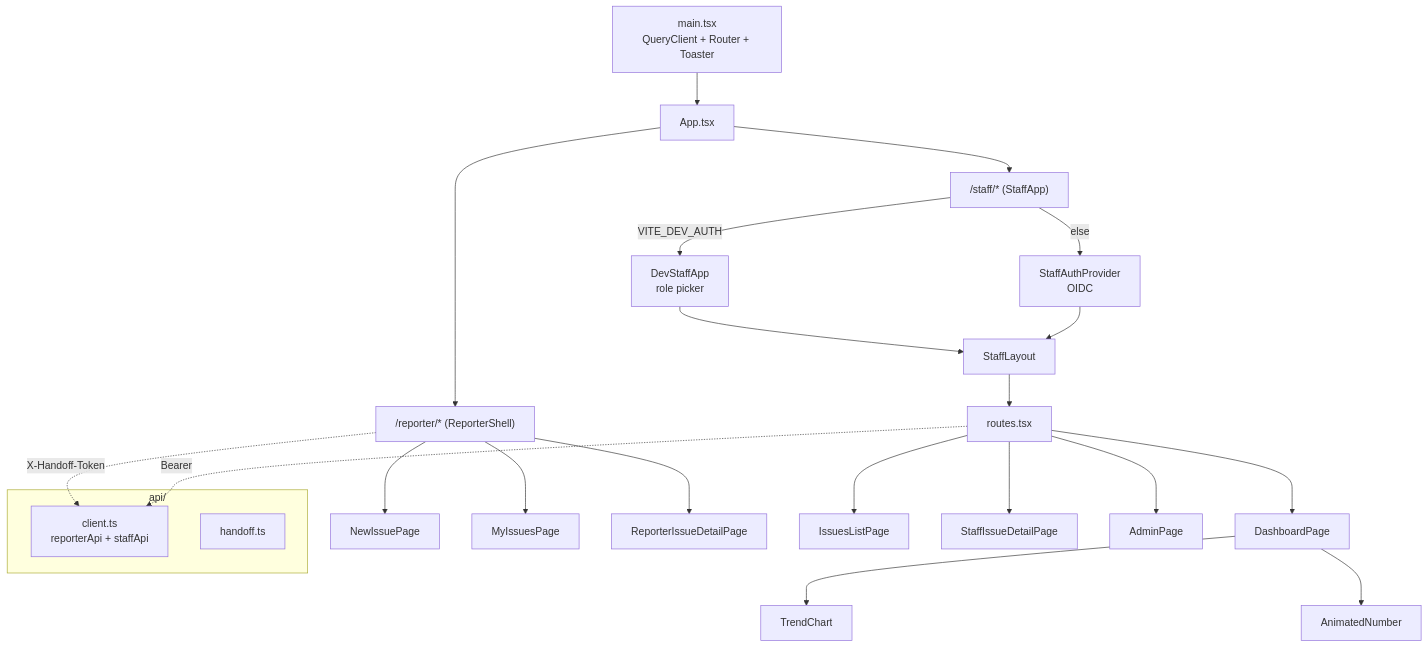
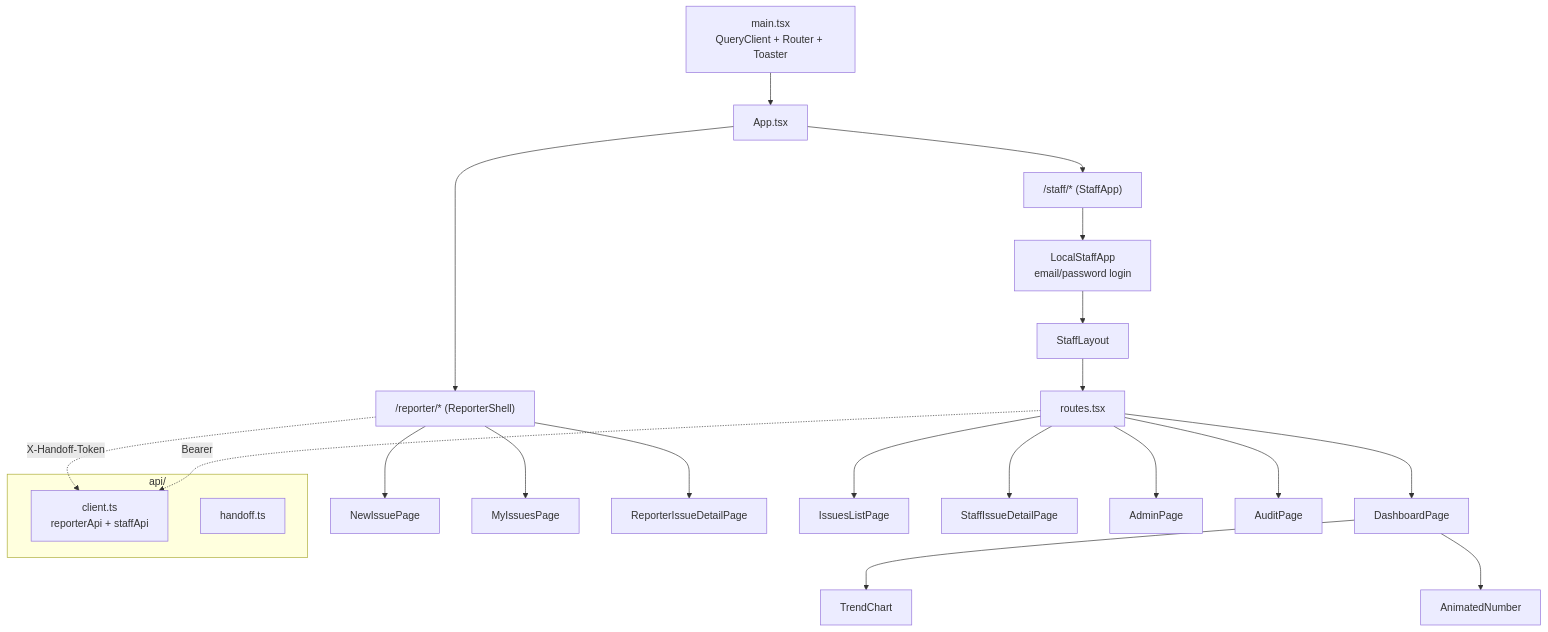
The fifth of 5 diagrams in ARCHITECTURE.md (RagnarokAnsh/CIMP), drawn with Mermaid before and after one commit. The commit also changed other lines of this file and 52 other files, not shown here.

````diff
--- a/ARCHITECTURE.md
+++ b/ARCHITECTURE.md
@@ -170,21 +170,20 @@
 ```mermaid
 flowchart TD
   Main[main.tsx\nQueryClient + Router + Toaster] --> App[App.tsx]
   App --> Rep["/reporter/* (ReporterShell)"]
   App --> Staff["/staff/* (StaffApp)"]
 
   Rep --> NI[NewIssuePage] & MI[MyIssuesPage] & RD[ReporterIssueDetailPage]
 
-  Staff -->|VITE_DEV_AUTH| Dev[DevStaffApp\nrole picker]
-  Staff -->|else| Oidc[StaffAuthProvider\nOIDC]
-  Dev & Oidc --> Layout[StaffLayout] --> Routes[routes.tsx]
-  Routes --> IL[IssuesListPage] & ID[StaffIssueDetailPage] & DB[DashboardPage] & AD[AdminPage]
+  Staff --> Login[LocalStaffApp\nemail/password login]
+  Login --> Layout[StaffLayout] --> Routes[routes.tsx]
+  Routes --> IL[IssuesListPage] & ID[StaffIssueDetailPage] & DB[DashboardPage] & AD[AdminPage] & AU[AuditPage]
   DB --> TC[TrendChart] & AN[AnimatedNumber]
 
   subgraph api["api/"]
     Client[client.ts\nreporterApi + staffApi]
     HO[handoff.ts]
   end
   Rep -. X-Handoff-Token .-> Client
   Routes -. Bearer .-> Client
 ```
````
